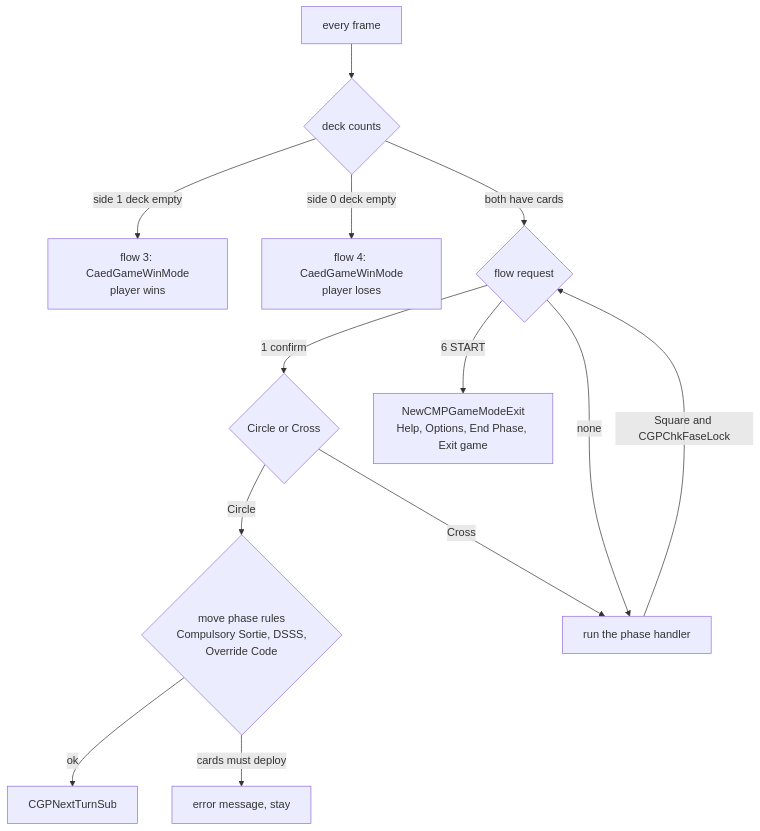
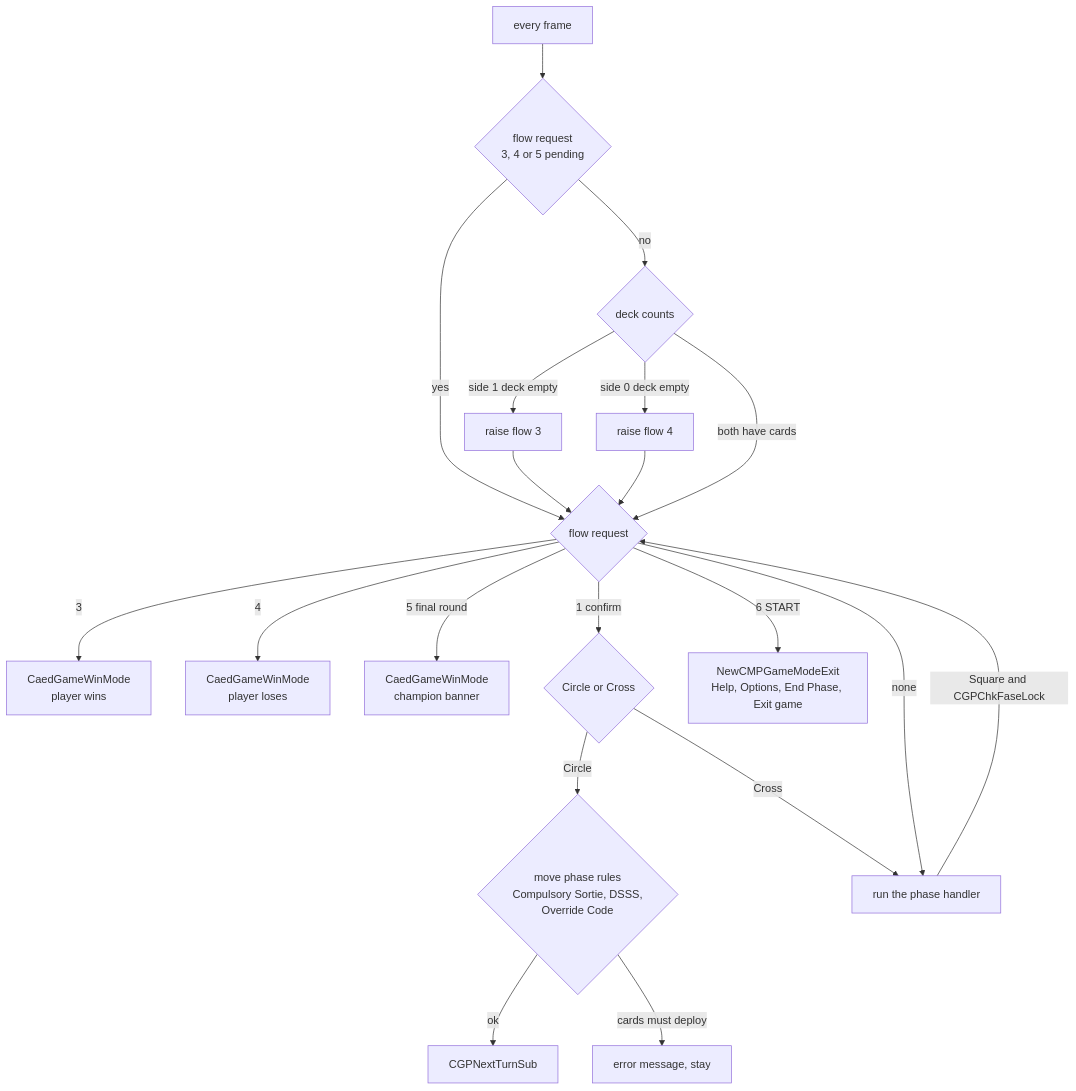
Before and after one commit to OpokXeno/xsg-i-decomp: the sixth of 8 diagrams in documentation/game/minigames/xeno-card.md, drawn with Mermaid. The commit also changed other lines of this file and 41 other files, not shown here.

````diff
--- a/documentation/game/minigames/xeno-card.md
+++ b/documentation/game/minigames/xeno-card.md
@@ -698,15 +698,20 @@
 ```mermaid
 flowchart TD
-    F[every frame] --> D{deck counts}
-    D -- side 1 deck empty --> W[flow 3: CaedGameWinMode<br/>player wins]
-    D -- side 0 deck empty --> L[flow 4: CaedGameWinMode<br/>player loses]
+    F[every frame] --> E{flow request<br/>3, 4 or 5 pending}
+    E -- no --> D{deck counts}
+    E -- yes --> R
+    D -- side 1 deck empty --> S3[raise flow 3] --> R
+    D -- side 0 deck empty --> S4[raise flow 4] --> R
     D -- both have cards --> R{flow request}
+    R -- 3 --> W[CaedGameWinMode<br/>player wins]
+    R -- 4 --> L[CaedGameWinMode<br/>player loses]
+    R -- 5 final round --> C[CaedGameWinMode<br/>champion banner]
     R -- 1 confirm --> CF{Circle or Cross}
     CF -- Circle --> CK{move phase rules<br/>Compulsory Sortie, DSSS,<br/>Override Code}
     CK -- ok --> N[CGPNextTurnSub]
     CK -- cards must deploy --> ER[error message, stay]
     CF -- Cross --> P
     R -- 6 START --> SM[NewCMPGameModeExit<br/>Help, Options, End Phase, Exit game]
     R -- none --> P[run the phase handler]
     P -- Square and CGPChkFaseLock --> R
 ```
````
